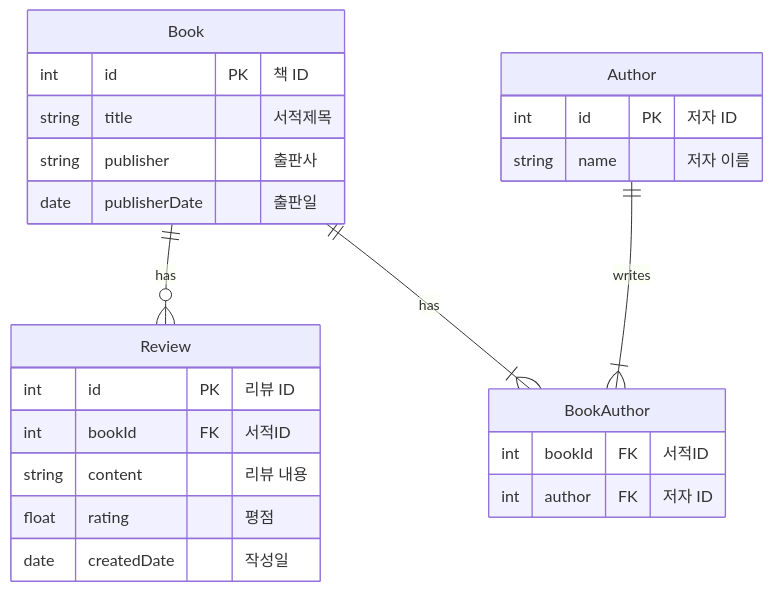
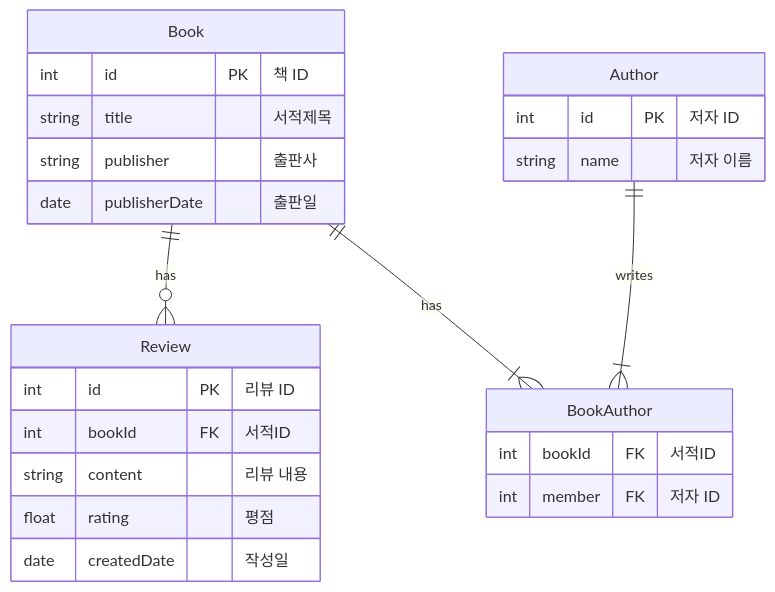
Before and after one commit to wooyong99/spring-graphql-lab: the diagram in docs/schema.mermaid, drawn with Mermaid. The commit also changed 33 other files, not shown here.

Commit message:
refactor : Author 엔티티 -> Member 엔티티

```diff
--- a/docs/schema.mermaid
+++ b/docs/schema.mermaid
@@ -1,29 +1,29 @@
 erDiagram
     Book {
         int id PK "책 ID"
         string title "서적제목"
         string publisher "출판사"
         date publisherDate "출판일"
     }
 
     Author{
         int id PK "저자 ID"
         string name "저자 이름"
     }
 
     Review {
         int id PK "리뷰 ID"
         int bookId FK "서적ID"
         string content "리뷰 내용"
         float rating "평점"
         date createdDate "작성일"
     }
 
     BookAuthor {
         int bookId FK "서적ID"
-        int author FK "저자 ID"
+        int member FK "저자 ID"
     }
 
     Book || --o{Review : "has"
     Book || --|{BookAuthor : "has"
     Author || --|{BookAuthor: "writes"
```
